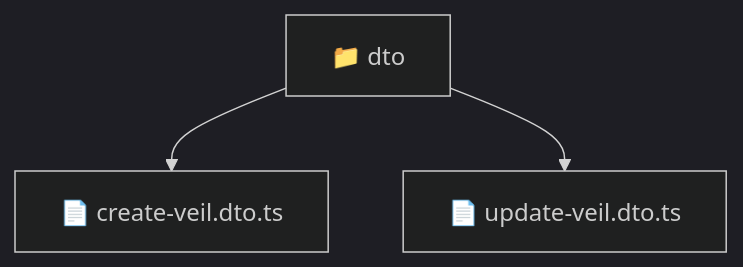
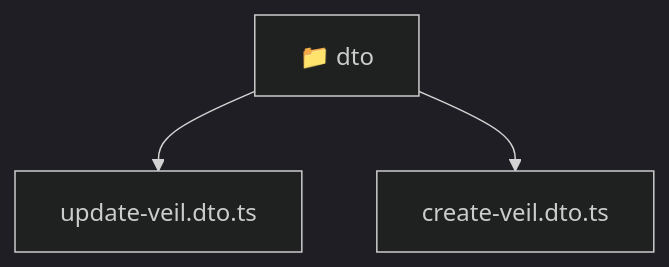
The diagram in backend/src/modules/veil/presentation/dto/README.md (beginwebdev2002/fullstack-mavluda), drawn with Mermaid (dark theme) before and after one commit. The commit also changed other lines of this file and 167 other files, not shown here.

````diff
--- a/backend/src/modules/veil/presentation/dto/README.md
+++ b/backend/src/modules/veil/presentation/dto/README.md
@@ -9,6 +9,8 @@
 ```mermaid
 graph TD
-  Root["📁 dto"]
-  Root --> create_veil_dto_ts["📄 create-veil.dto.ts"]
-  Root --> update_veil_dto_ts["📄 update-veil.dto.ts"]
+  Root_dto["📁 dto"]
+  f_update_veil_dto_ts["update-veil.dto.ts"]
+  Root_dto --> f_update_veil_dto_ts
+  f_create_veil_dto_ts["create-veil.dto.ts"]
+  Root_dto --> f_create_veil_dto_ts
 ```
````
